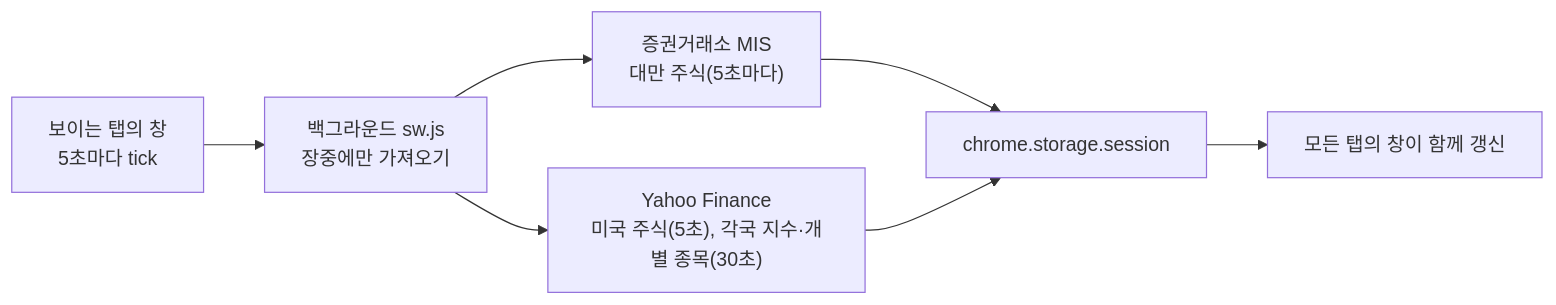
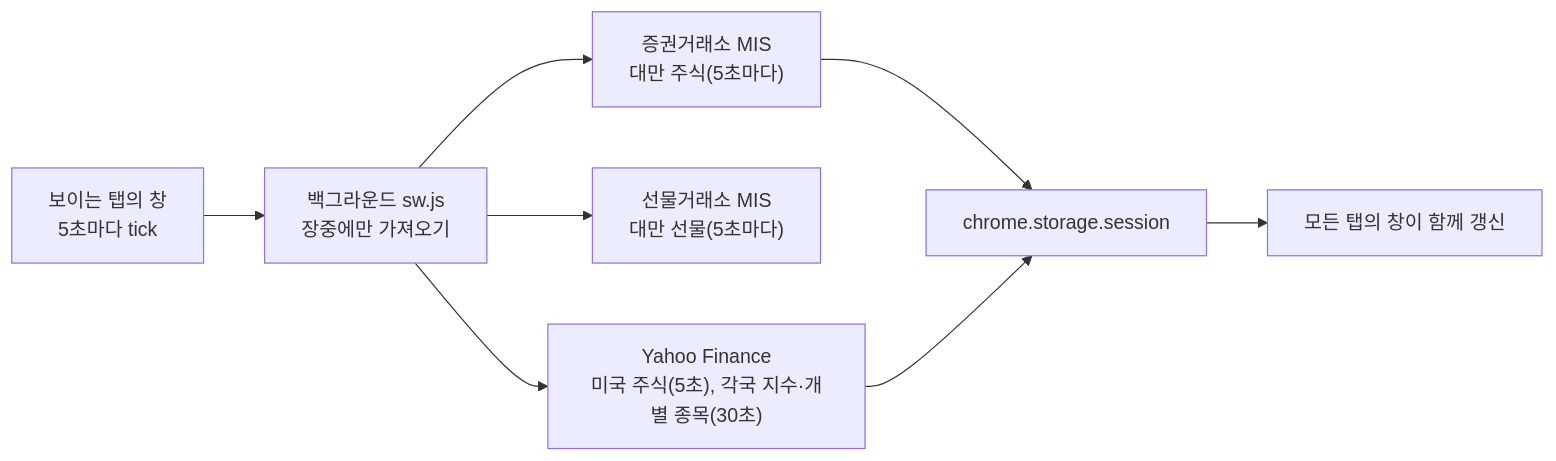
One commit to Ashur5457/PeekaStock changed the diagram in README.ko.md. Above: the diagram before and after it, drawn with Mermaid. The commit also changed other lines of this file and 15 other files, not shown here.

````diff
--- a/README.ko.md
+++ b/README.ko.md
@@ -65,9 +67,10 @@
 ```mermaid
 flowchart LR
   BOX["보이는 탭의 창<br/>5초마다 tick"] --> SW["백그라운드 sw.js<br/>장중에만 가져오기"]
   SW --> MIS["증권거래소 MIS<br/>대만 주식(5초마다)"]
+  SW --> TF["선물거래소 MIS<br/>대만 선물(5초마다)"]
   SW --> YF["Yahoo Finance<br/>미국 주식(5초), 각국 지수·개별 종목(30초)"]
   MIS --> ST["chrome.storage.session"]
   YF --> ST
   ST --> ALL["모든 탭의 창이 함께 갱신"]
 ```
````
